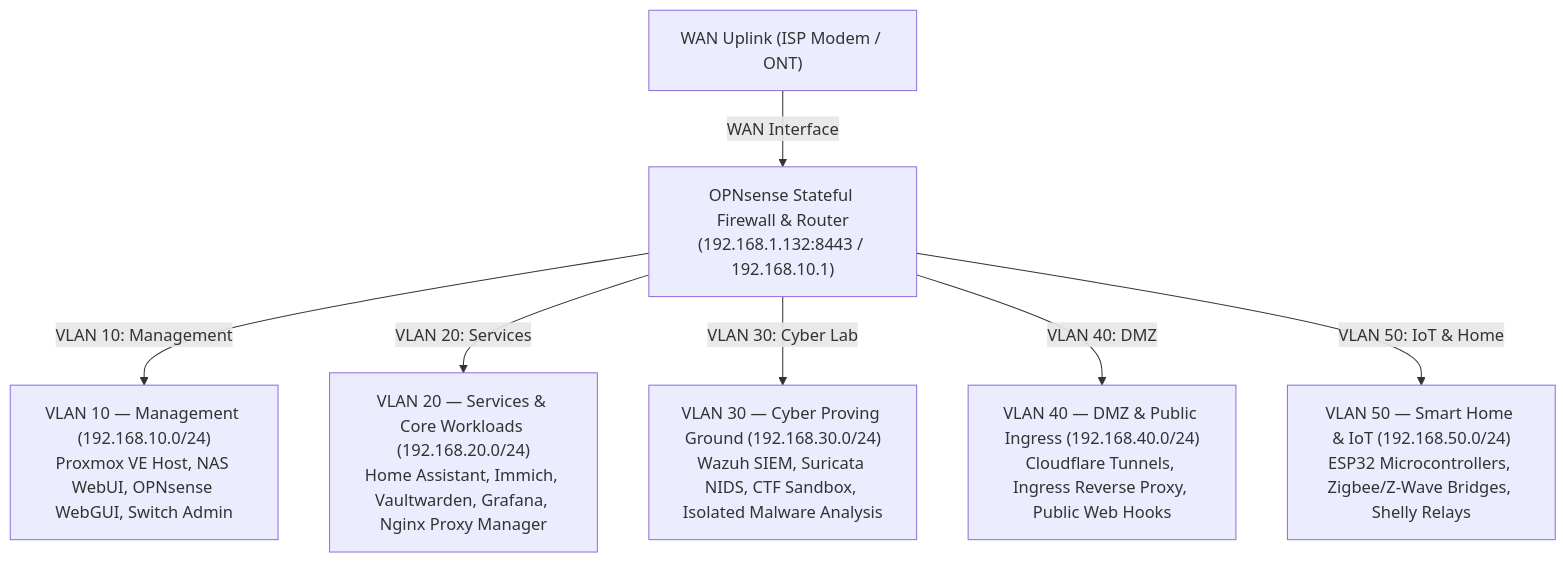
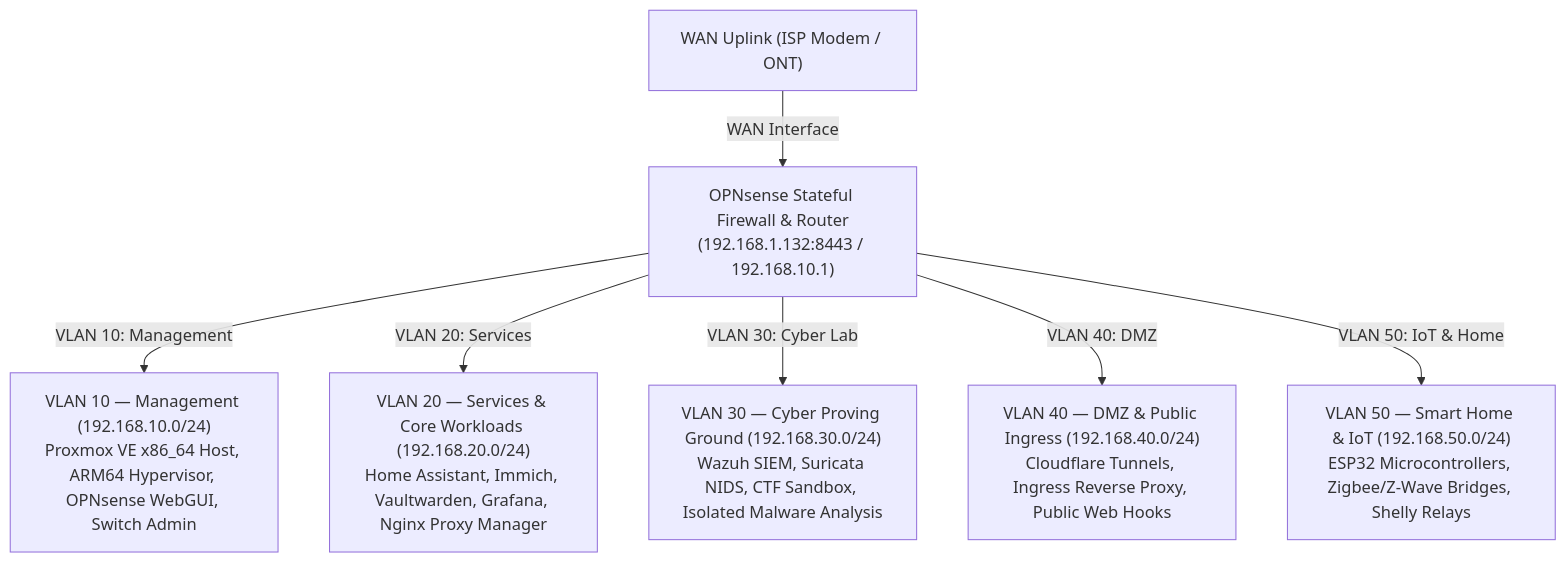
Before and after one commit to stefanutc1/datacenter: the second of 5 diagrams in README.md, drawn with Mermaid. The commit also changed other lines of this file and 2 other files, not shown here.

Commit message:
docs: renumber dual-node hypervisors (x86_64 100-115 & ARM64 100-104) and update web telemetry

````diff
--- a/README.md
+++ b/README.md
@@ -106,10 +114,10 @@
 ```mermaid
 graph TD
     WAN["WAN Uplink (ISP Modem / ONT)"] -->|WAN Interface| OPN["OPNsense Stateful Firewall & Router<br/>(192.168.1.132:8443 / 192.168.10.1)"]
 
-    OPN -->|VLAN 10: Management| V10["VLAN 10 — Management (192.168.10.0/24)<br/>Proxmox VE Host, NAS WebUI, OPNsense WebGUI, Switch Admin"]
+    OPN -->|VLAN 10: Management| V10["VLAN 10 — Management (192.168.10.0/24)<br/>Proxmox VE x86_64 Host, ARM64 Hypervisor, OPNsense WebGUI, Switch Admin"]
     OPN -->|VLAN 20: Services| V20["VLAN 20 — Services & Core Workloads (192.168.20.0/24)<br/>Home Assistant, Immich, Vaultwarden, Grafana, Nginx Proxy Manager"]
     OPN -->|VLAN 30: Cyber Lab| V30["VLAN 30 — Cyber Proving Ground (192.168.30.0/24)<br/>Wazuh SIEM, Suricata NIDS, CTF Sandbox, Isolated Malware Analysis"]
     OPN -->|VLAN 40: DMZ| V40["VLAN 40 — DMZ & Public Ingress (192.168.40.0/24)<br/>Cloudflare Tunnels, Ingress Reverse Proxy, Public Web Hooks"]
     OPN -->|VLAN 50: IoT & Home| V50["VLAN 50 — Smart Home & IoT (192.168.50.0/24)<br/>ESP32 Microcontrollers, Zigbee/Z-Wave Bridges, Shelly Relays"]
 ```
````
